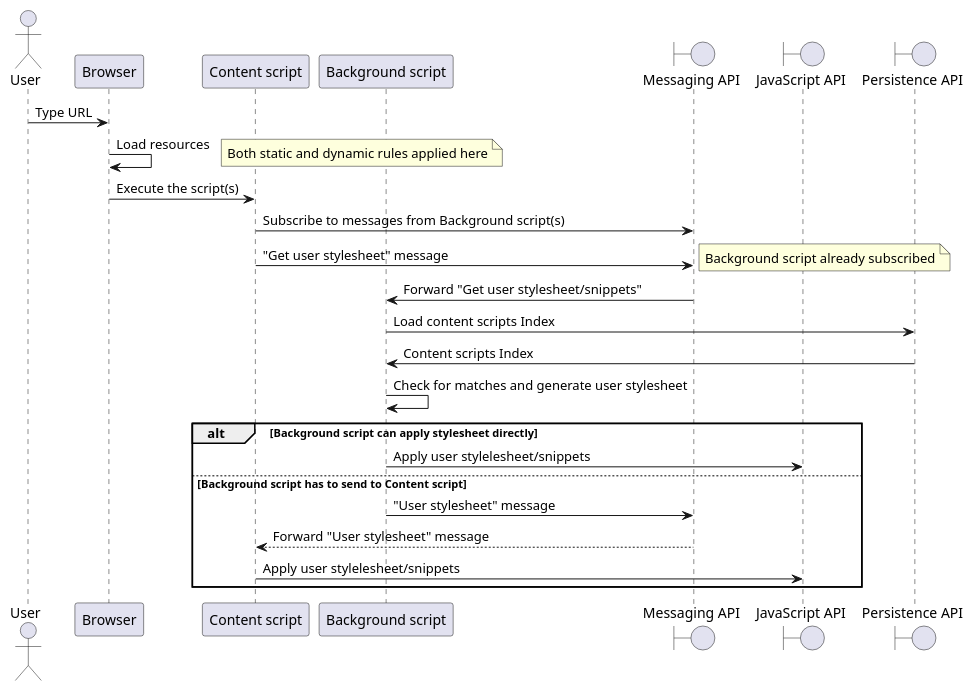
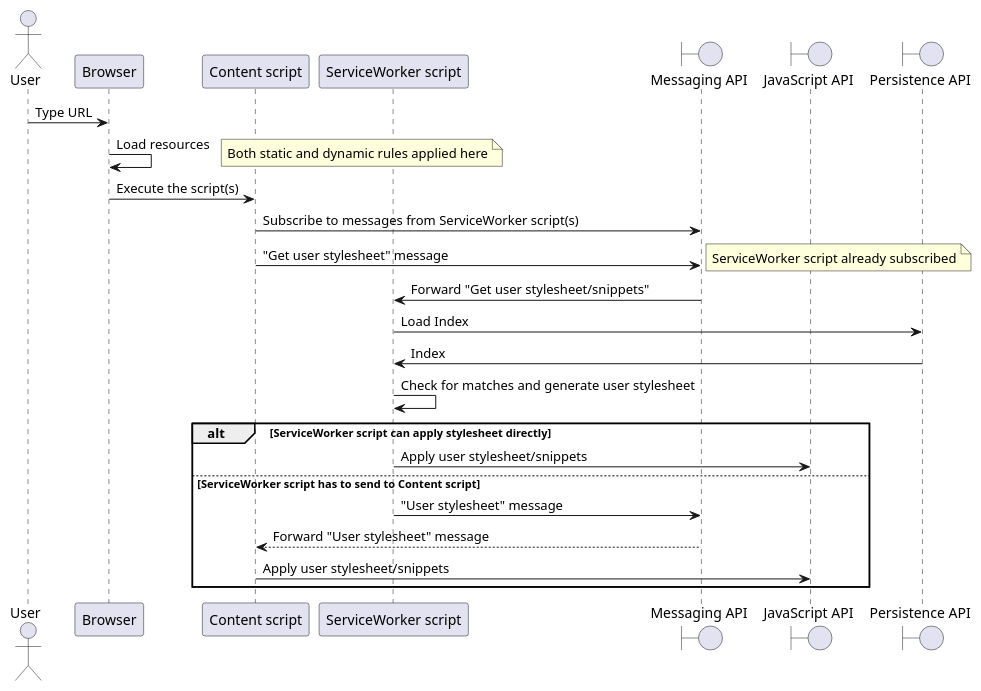
One commit to 4ntoine/mv3_spec_c4 changed the diagram in use_case_page_navigation.puml. Above: the diagram before and after it, drawn with PlantUML. The commit also changed 4 other files, not shown here.

```diff
--- a/use_case_page_navigation.puml
+++ b/use_case_page_navigation.puml
@@ -1,30 +1,30 @@
 @startuml
 
 actor User as user
-participant Browser             as browser
-participant "Content script"    as contentScript
-participant "Background script" as bgScript
-boundary "Messaging API"        as messagingApi
-boundary "JavaScript API"       as jsApi
-boundary "Persistence API"      as persistenceApi
+participant Browser as browser
+participant "Content script" as contentScript
+participant "ServiceWorker script" as swScript
+boundary "Messaging API" as messagingApi
+boundary "JavaScript API" as jsApi
+boundary "Persistence API" as persistenceApi
 
 user -> browser : Type URL
 browser -> browser : Load resources
 note right: Both static and dynamic rules applied here
 browser -> contentScript : Execute the script(s)
-contentScript -> messagingApi : Subscribe to messages from Background script(s)
+contentScript -> messagingApi : Subscribe to messages from ServiceWorker script(s)
 contentScript -> messagingApi : "Get user stylesheet" message
-note right: Background script already subscribed
-messagingApi -> bgScript : Forward "Get user stylesheet/snippets"
-bgScript -> persistenceApi : Load content scripts Index
-persistenceApi -> bgScript : Content scripts Index
-bgScript -> bgScript : Check for matches and generate user stylesheet
-alt Background script can apply stylesheet directly
-  bgScript -> jsApi : Apply user stylelesheet/snippets
-else Background script has to send to Content script
-  bgScript -> messagingApi : "User stylesheet" message
+note right: ServiceWorker script already subscribed
+messagingApi -> swScript : Forward "Get user stylesheet/snippets"
+swScript -> persistenceApi : Load Index
+persistenceApi -> swScript : Index
+swScript -> swScript : Check for matches and generate user stylesheet
+alt ServiceWorker script can apply stylesheet directly
+  swScript -> jsApi : Apply user stylesheet/snippets
+else ServiceWorker script has to send to Content script
+  swScript -> messagingApi : "User stylesheet" message
   messagingApi --> contentScript : Forward "User stylesheet" message
-  contentScript -> jsApi : Apply user stylelesheet/snippets
+  contentScript -> jsApi : Apply user stylesheet/snippets
 end
 
 @enduml
```
